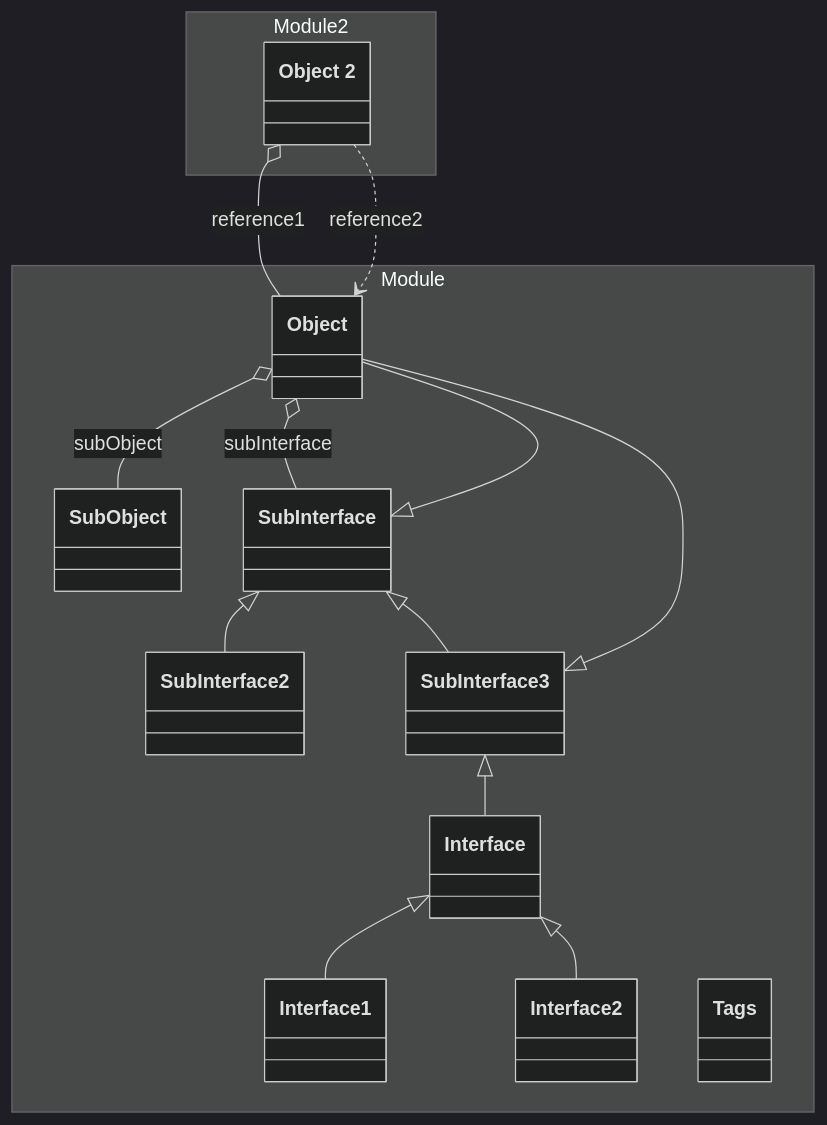
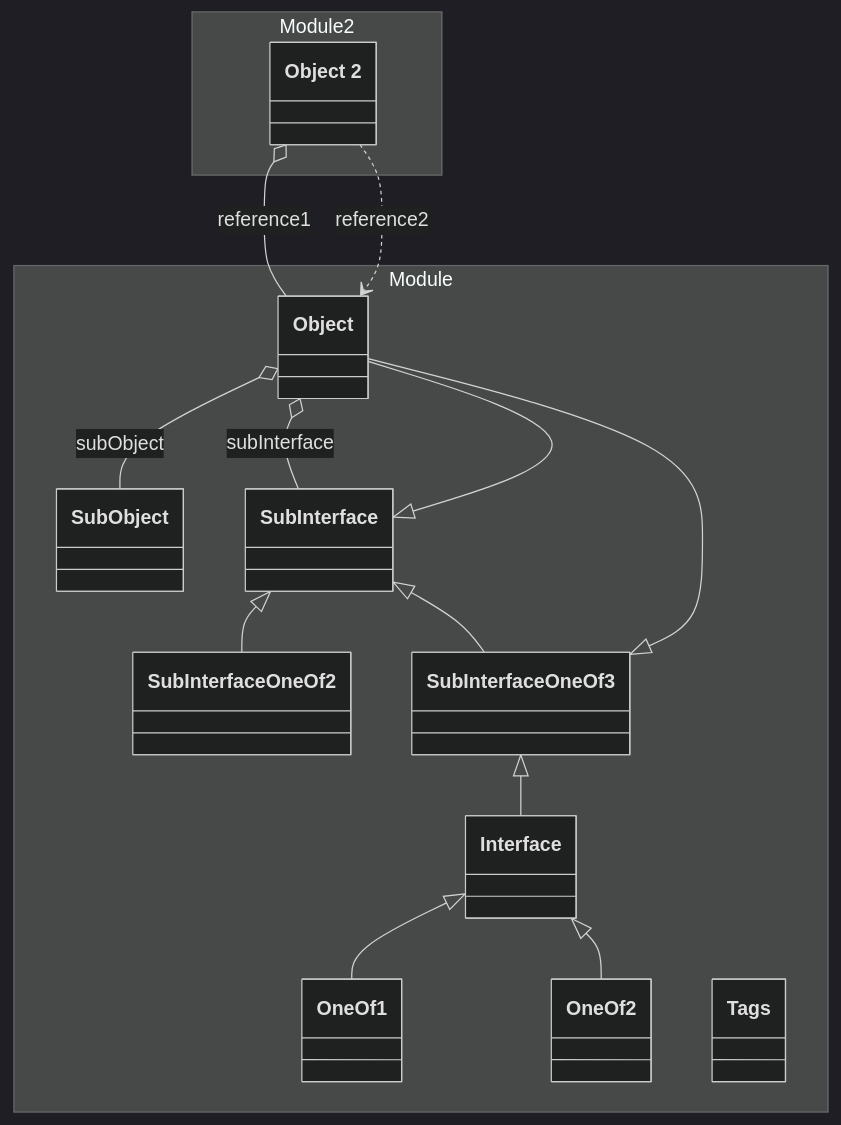
Before and after one commit to lizzyTheLizard/domain-schema-documentation: the diagram in tests/java/expected/Module/README.md, drawn with Mermaid (dark theme). The commit also changed 125 other files, not shown here.

First line of the commit message:
Schema normalizer (#11)

````diff
--- a/tests/java/expected/Module/README.md
+++ b/tests/java/expected/Module/README.md
@@ -11,38 +11,38 @@
 ```mermaid
 classDiagram
 namespace Module {
   class _Module_Interface_yml["Interface"]
-  class Interface1["Interface1"]
-  class Interface2["Interface2"]
+  class OneOf2["OneOf2"]
+  class OneOf1["OneOf1"]
   class _Module_Object_yaml["Object"]
+  class SubInterface["SubInterface"]
+  class SubInterfaceOneOf3["SubInterfaceOneOf3"]
+  class SubInterfaceOneOf2["SubInterfaceOneOf2"]
   class SubObject["SubObject"]
-  class SubInterface["SubInterface"]
-  class SubInterface2["SubInterface2"]
-  class SubInterface3["SubInterface3"]
   class _Module_Tags_yaml["Tags"]
 }
 namespace Module 2 {
   class _Module2_Object2_yaml["Object 2"]
 }
 _Module2_Object2_yaml o-- _Module_Object_yaml :reference1
 _Module2_Object2_yaml ..> _Module_Object_yaml :reference2
-_Module_Interface_yml <|-- Interface1 
-_Module_Interface_yml <|-- Interface2 
+_Module_Interface_yml <|-- OneOf1 
+_Module_Interface_yml <|-- OneOf2 
 _Module_Object_yaml o-- SubObject :subObject
 _Module_Object_yaml o-- SubInterface :subInterface
 SubInterface <|-- _Module_Object_yaml 
-SubInterface <|-- SubInterface2 
-SubInterface <|-- SubInterface3 
-SubInterface3 <|-- _Module_Object_yaml 
-SubInterface3 <|-- _Module_Interface_yml 
+SubInterface <|-- SubInterfaceOneOf2 
+SubInterface <|-- SubInterfaceOneOf3 
+SubInterfaceOneOf3 <|-- _Module_Object_yaml 
+SubInterfaceOneOf3 <|-- _Module_Interface_yml 
 click _Module_Interface_yml href "./Interface.yml.html" "Interface"
-click Interface1 href "./Interface.yml.html" "Interface"
-click Interface2 href "./Interface.yml.html" "Interface"
+click OneOf2 href "./Interface.yml.html" "Interface"
+click OneOf1 href "./Interface.yml.html" "Interface"
 click _Module_Object_yaml href "./Object.yaml.html" "Object"
+click SubInterface href "./Object.yaml.html" "Object"
+click SubInterfaceOneOf3 href "./Object.yaml.html" "Object"
+click SubInterfaceOneOf2 href "./Object.yaml.html" "Object"
 click SubObject href "./Object.yaml.html" "Object"
-click SubInterface href "./Object.yaml.html" "Object"
-click SubInterface2 href "./Object.yaml.html" "Object"
-click SubInterface3 href "./Object.yaml.html" "Object"
 click _Module_Tags_yaml href "./Tags.yaml.html" "Tags"
 click _Module2_Object2_yaml href "../Module2/Object2.yaml.html" "Object 2"
 ```
````
